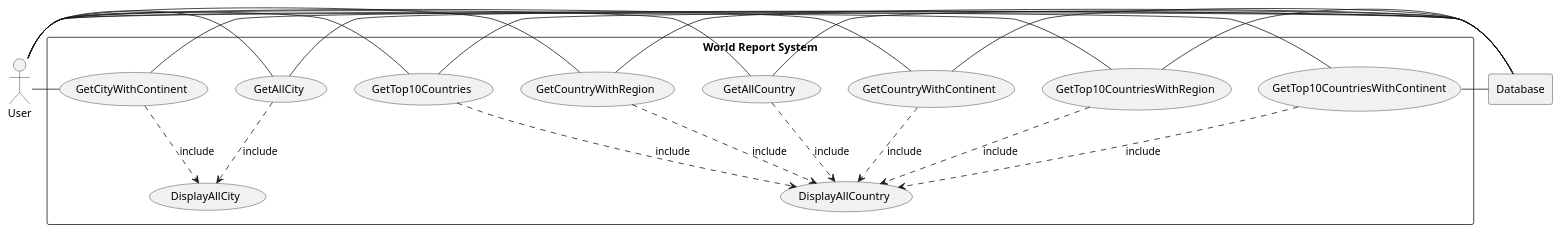
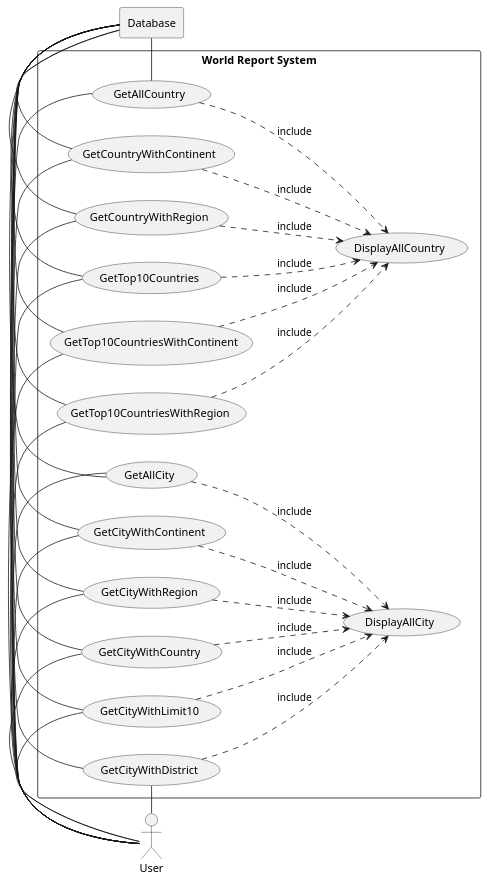
One commit to groupgp1/group1 changed the diagram in use-cases/usecase.puml. Above: the diagram before and after it, drawn with PlantUML. The commit also changed 3 other files, not shown here.

Commit message:
Adjust usecase diagram and add integration test

```diff
--- a/use-cases/usecase.puml
+++ b/use-cases/usecase.puml
@@ -1,49 +1,66 @@
 @startuml
 
 actor user as "User"
 
 rectangle Database
+left to right direction
 
 rectangle "World Report System" {
 
-    usecase UCa as "GetAllCountry"
-    usecase UC3 as "DisplayAllCountry"
-    usecase UC2 as "GetAllCity"
-    usecase UC1 as "DisplayAllCity"
-    usecase UC4 as "GetCountryWithContinent"
-    usecase UC5 as "GetCountryWithRegion"
-    usecase UC6 as "GetTop10Countries"
-    usecase UC7 as "GetTop10CountriesWithContinent"
-    usecase UC8 as "GetTop10CountriesWithRegion"
-    usecase UC9 as "GetCityWithContinent"
+    usecase UC1 as "GetAllCountry"
+    usecase UCa as "DisplayAllCountry"
+    usecase UCb as "DisplayAllCity"
+    usecase UC2 as "GetCountryWithContinent"
+    usecase UC3 as "GetCountryWithRegion"
+    usecase UC4 as "GetTop10Countries"
+    usecase UC5 as "GetTop10CountriesWithContinent"
+    usecase UC6 as "GetTop10CountriesWithRegion"
+    usecase UC7 as "GetAllCity"
+    usecase UC8 as "GetCityWithContinent"
+    usecase UC9 as "GetCityWithRegion"
+    usecase UC10 as "GetCityWithCountry"
+    usecase UC11 as "GetCityWithLimit10"
+    usecase UC12 as "GetCityWithDistrict"
 
+    user - UC1
+    user - UC2
+    user - UC3
     user - UC4
-    user - UCa
-    user - UC2
     user - UC5
     user - UC6
     user - UC7
     user - UC8
     user - UC9
+    user - UC10
+    user - UC11
+    user - UC12
 
-    UCa ..> UC3 : include
-    UC2 ..> UC1 : include
-    UC4 ..> UC3 : include
-    UC5 ..> UC3 : include
-    UC6 ..> UC3 : include
-    UC7 ..> UC3 : include
-    UC8 ..> UC3 : include
-    UC9 ..> UC1 : include
+    UC1 ..> UCa : include
+    UC2 ..> UCa : include
+    UC3 ..> UCa : include
+    UC4 ..> UCa : include
+    UC5 ..> UCa : include
+    UC6 ..> UCa : include
+    UC7 ..> UCb : include
+    UC8 ..> UCb : include
+    UC9 ..> UCb : include
+    UC10 ..> UCb : include
+    UC11 ..> UCb : include
+    UC12 ..> UCb : include
 
-    UCa - Database
+    UC1 - Database
+    UC2 - Database
+    UC3 - Database
     UC4 - Database
-    UC2 - Database
     UC5 - Database
     UC6 - Database
     UC7 - Database
     UC8 - Database
     UC9 - Database
+    UC10 - Database
+    UC11 - Database
+    UC12 - Database
 
 }
 
 @enduml
```
